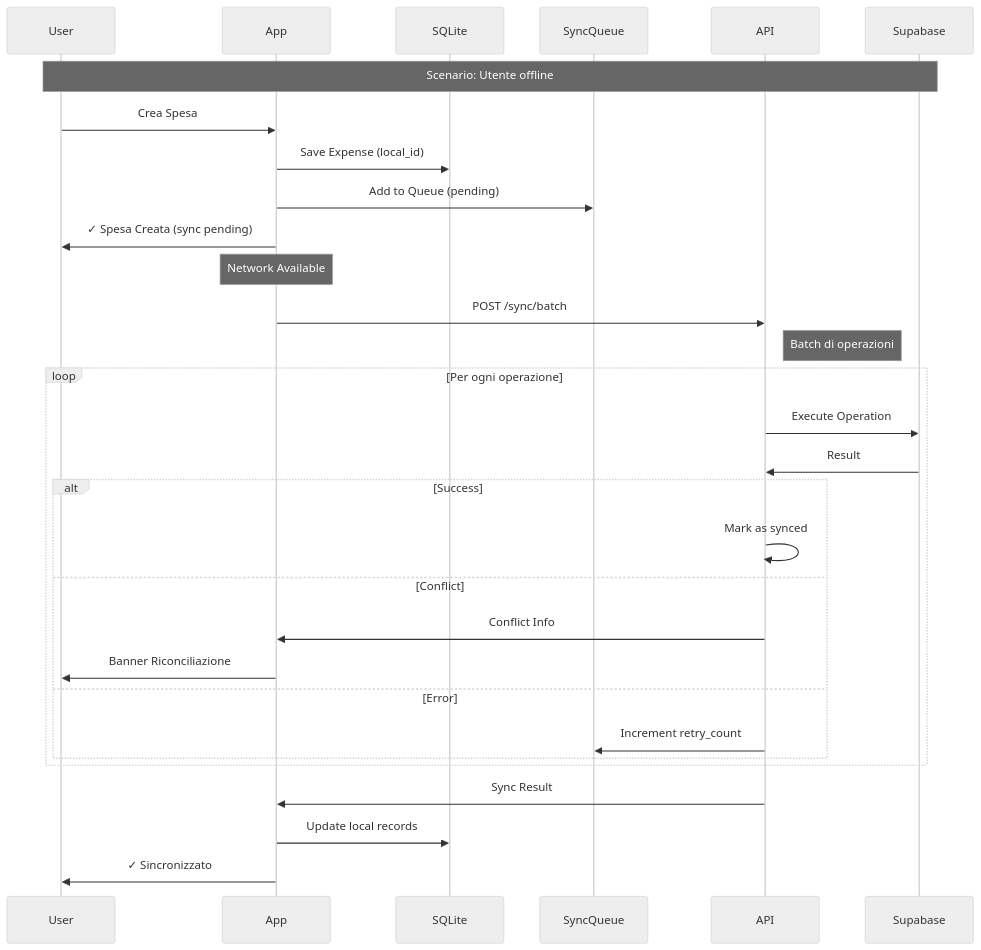
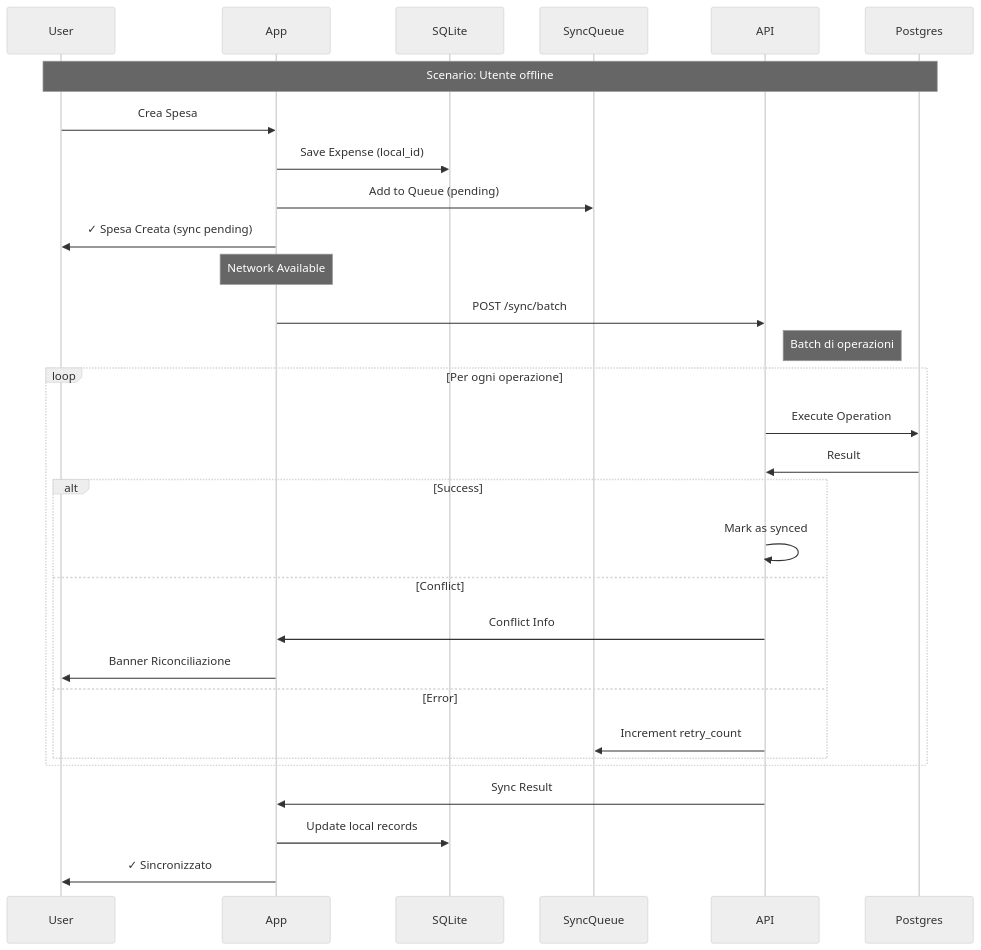
The fifth of 7 diagrams in ARCHITECTURE.md (20031781/Shared-Expense-Management-App), drawn with Mermaid (neutral theme) before and after one commit. The commit also changed other lines of this file and 3 other files, not shown here.

````diff
--- a/ARCHITECTURE.md
+++ b/ARCHITECTURE.md
@@ -127,36 +127,36 @@
 ```mermaid
 sequenceDiagram
     participant User
     participant App
     participant LocalDB as SQLite
     participant SyncQueue
     participant API
-    participant Supabase
+    participant Postgres
 
-    Note over User,Supabase: Scenario: Utente offline
+    Note over User,Postgres: Scenario: Utente offline
 
     User->>App: Crea Spesa
     App->>LocalDB: Save Expense (local_id)
     App->>SyncQueue: Add to Queue (pending)
     App->>User: ✓ Spesa Creata (sync pending)
 
     Note over App: Network Available
 
     App->>API: POST /sync/batch
     Note right of API: Batch di operazioni
     loop Per ogni operazione
-        API->>Supabase: Execute Operation
-        Supabase->>API: Result
+        API->>Postgres: Execute Operation
+        Postgres->>API: Result
         alt Success
             API->>API: Mark as synced
         else Conflict
             API->>App: Conflict Info
             App->>User: Banner Riconciliazione
         else Error
             API->>SyncQueue: Increment retry_count
         end
     end
     API->>App: Sync Result
     App->>LocalDB: Update local records
     App->>User: ✓ Sincronizzato
 ```
````
